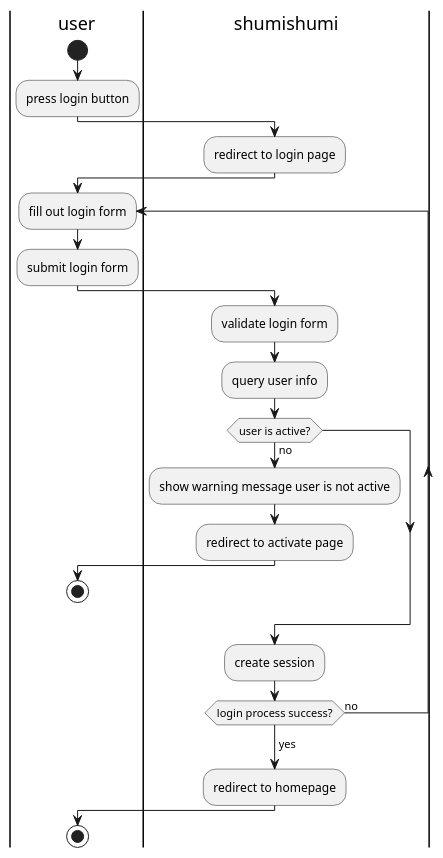
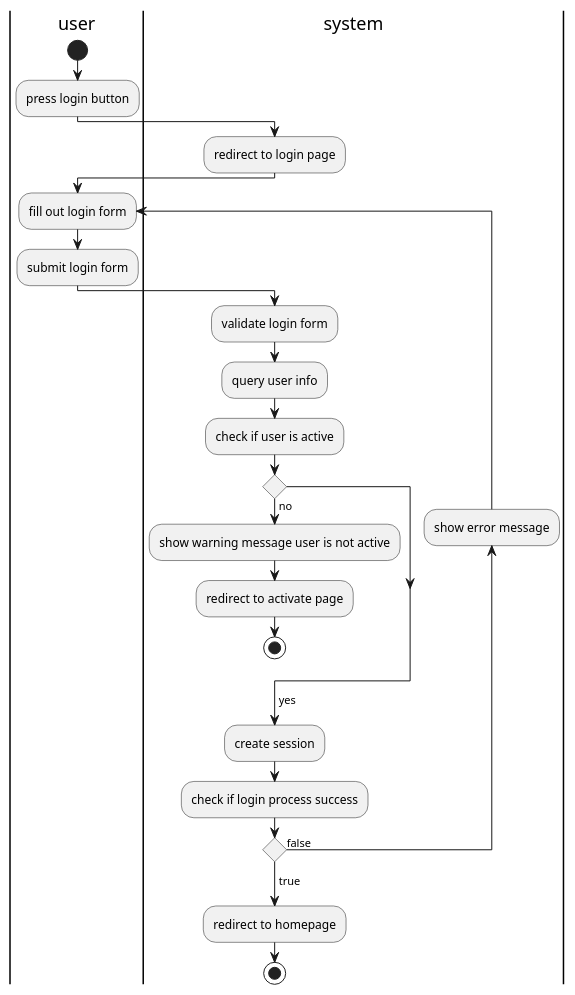
Before and after one commit to aldihsuhandi/skripsi-2023: the diagram in uml/activity diagram/3. login.pu, drawn with PlantUML. The commit also changed 19 other files, not shown here.

Commit message:
progress uml

```diff
--- a/uml/activity diagram/3. login.pu
+++ b/uml/activity diagram/3. login.pu
@@ -1,29 +1,30 @@
 @startuml login
 
 |user|
 start
 :press login button;
-|shumishumi|
+|system|
 :redirect to login page;
 |user|
 repeat :fill out login form;
 :submit login form;
-|shumishumi|
+|system|
 :validate login form;
 :query user info;
-|shumishumi|
-if (user is active?) then (no)
+|system|
+:check if user is active;
+if () then (no)
     :show warning message user is not active;
     :redirect to activate page;
-    |user|
     stop
 endif
-|shumishumi|
+-> yes;
 :create session;
-repeat while(login process success?) is (no)
--> yes;
+:check if login process success;
+backward:show error message;
+repeat while() is (false)
+-> true;
 :redirect to homepage;
-|user|
 stop
 
 @enduml
```
